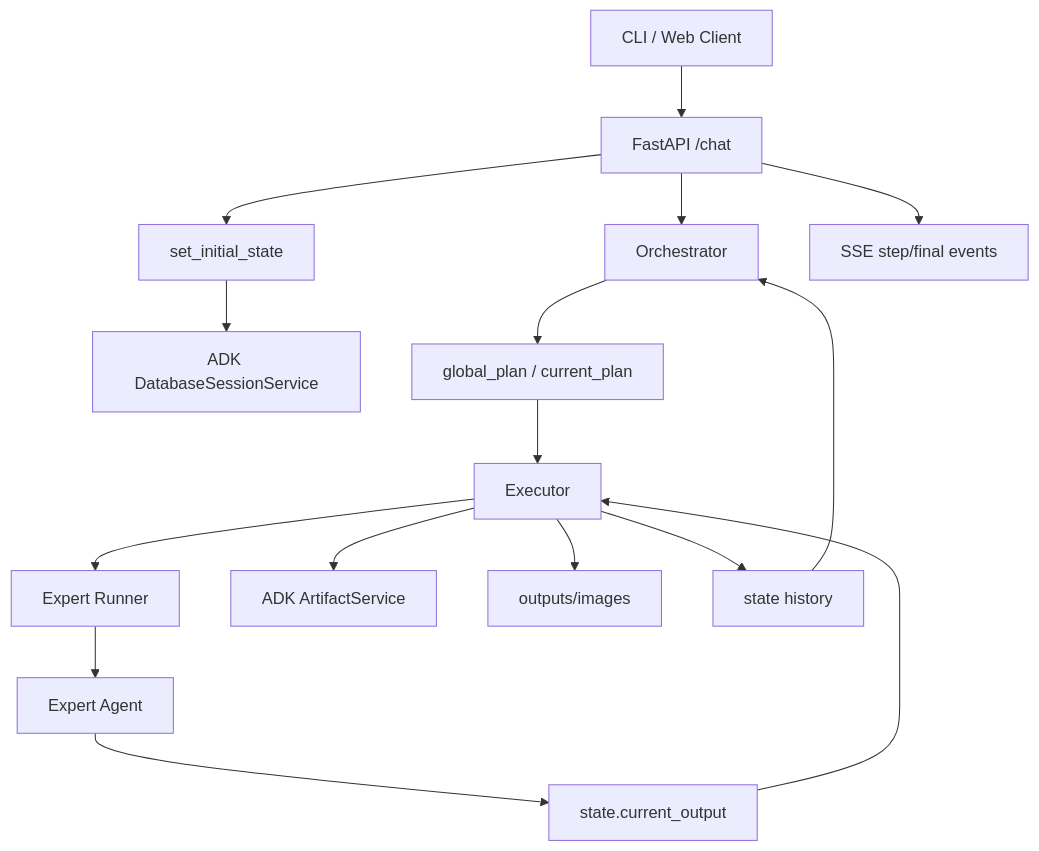
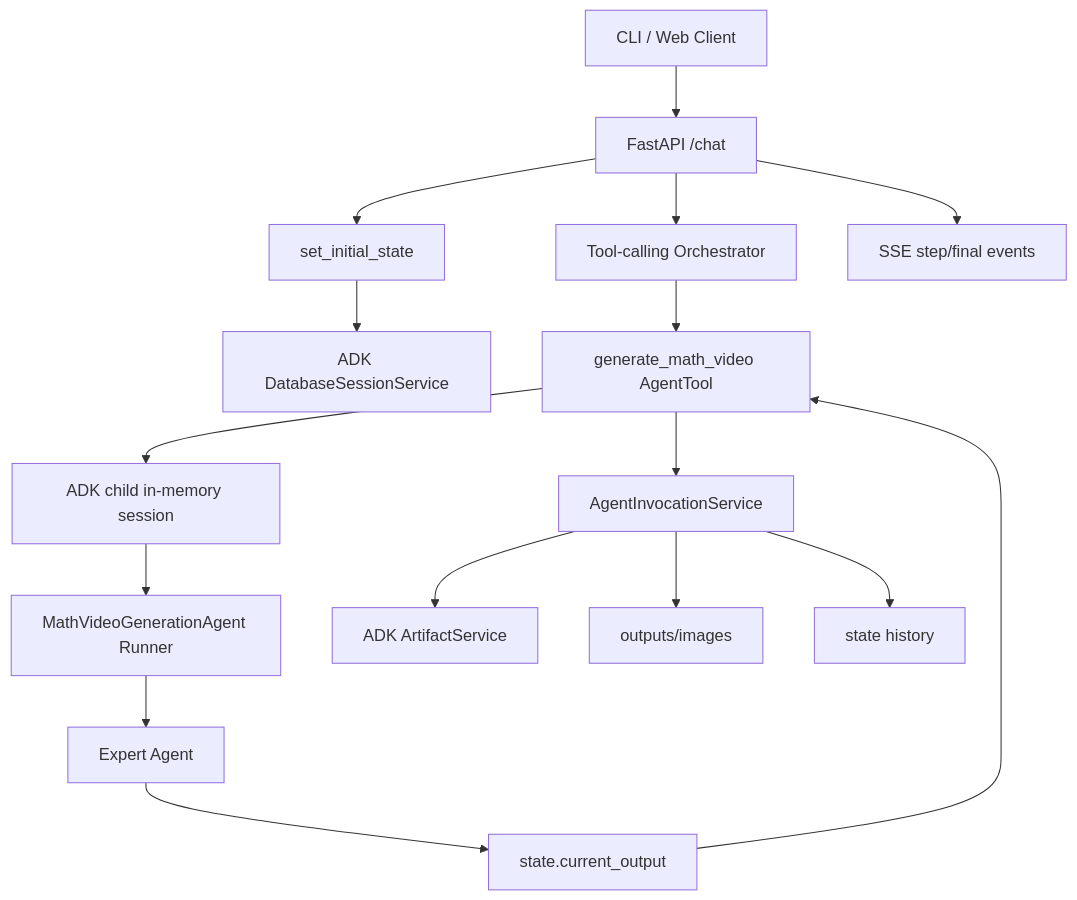
Before and after one commit to cswhjiang/ai_tutor_v2: the diagram in docs/system_architecture_review.md, drawn with Mermaid. The commit also changed other lines of this file and 6 other files, not shown here.

Commit message:
Use ADK AgentTool for math video orchestration

````diff
--- a/docs/system_architecture_review.md
+++ b/docs/system_architecture_review.md
@@ -20,18 +20,18 @@
 ```mermaid
 flowchart TD
     CLI["CLI / Web Client"] --> API["FastAPI /chat"]
     API --> StateInit["set_initial_state"]
     StateInit --> SessionDB["ADK DatabaseSessionService"]
-    API --> Orchestrator["Orchestrator"]
-    Orchestrator --> Plan["global_plan / current_plan"]
-    Plan --> Executor["Executor"]
-    Executor --> ExpertRunner["Expert Runner"]
+    API --> Orchestrator["Tool-calling Orchestrator"]
+    Orchestrator --> Tool["generate_math_video AgentTool"]
+    Tool --> ChildSession["ADK child in-memory session"]
+    ChildSession --> ExpertRunner["MathVideoGenerationAgent Runner"]
     ExpertRunner --> Expert["Expert Agent"]
     Expert --> CurrentOutput["state.current_output"]
-    CurrentOutput --> Executor
-    Executor --> ArtifactService["ADK ArtifactService"]
-    Executor --> Outputs["outputs/images"]
-    Executor --> History["state history"]
-    History --> Orchestrator
+    CurrentOutput --> Tool
+    Tool --> Runtime["AgentInvocationService"]
+    Runtime --> ArtifactService["ADK ArtifactService"]
+    Runtime --> Outputs["outputs/images"]
+    Runtime --> History["state history"]
     API --> SSE["SSE step/final events"]
 ```
````
